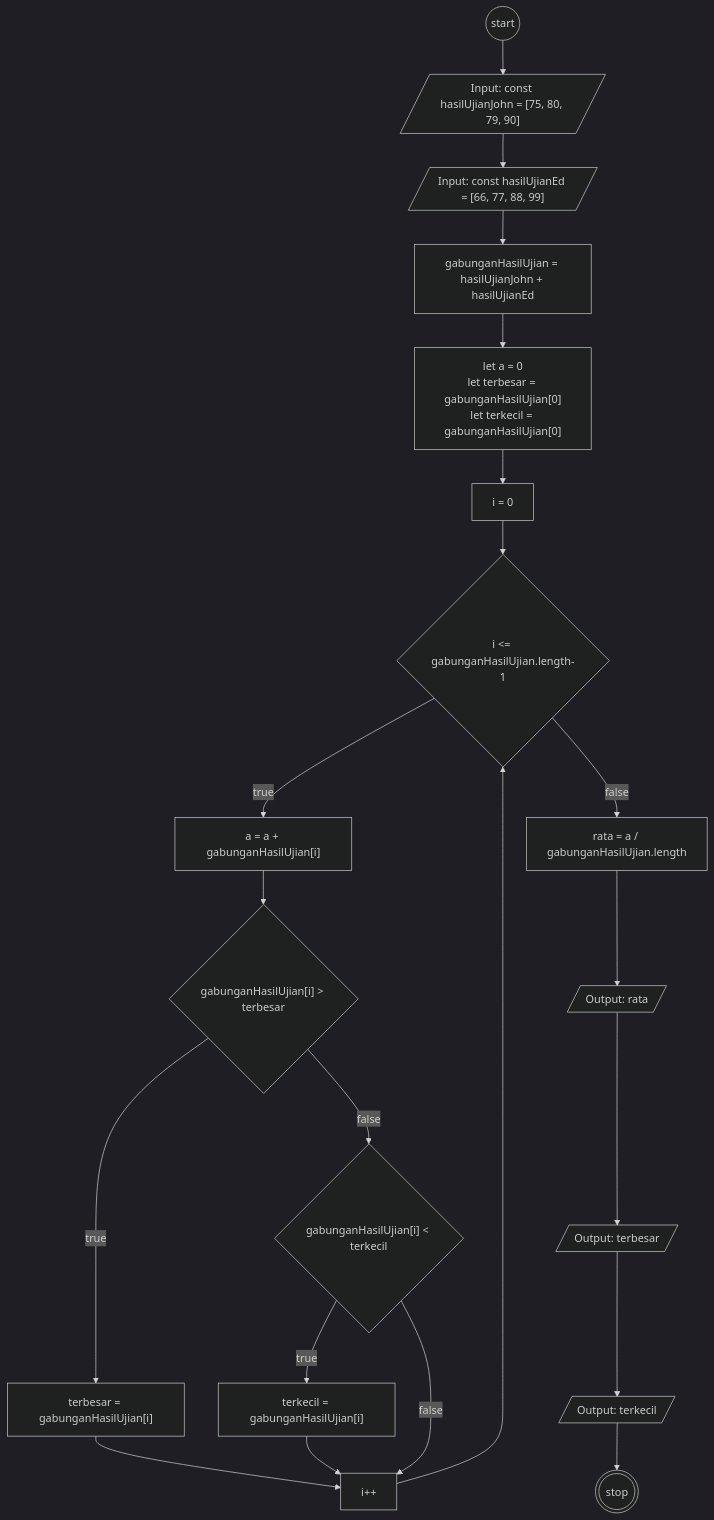
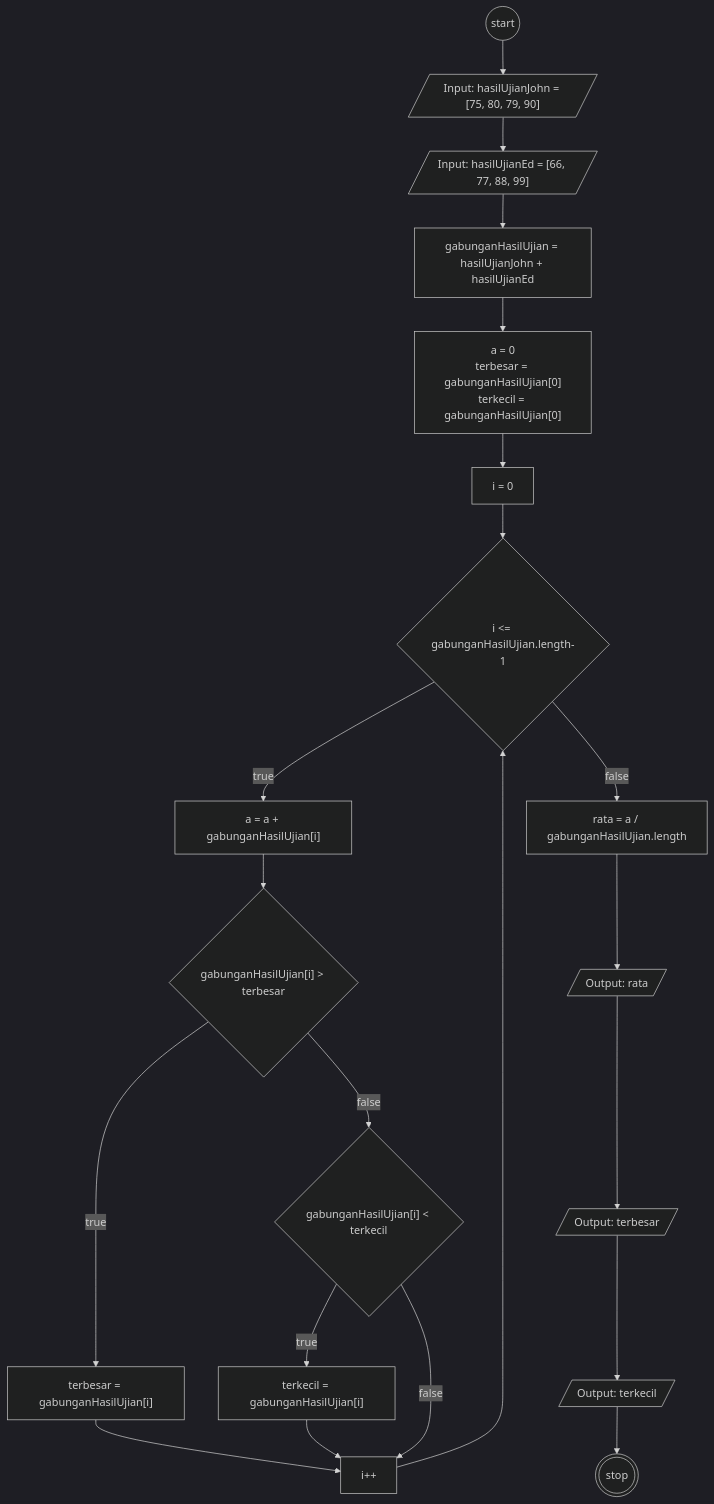
Before and after one commit to alhilalfathi/koda-b6-javascript2: the diagram in task1.md, drawn with Mermaid (dark theme).

````diff
--- a/task1.md
+++ b/task1.md
@@ -1,31 +1,31 @@
 ```mermaid
 flowchart TD
     start@{shape: circle}
-    inputArray1@{ shape: lean-r, label: "Input: const hasilUjianJohn = [75, 80, 79, 90]"}
-    inputArray2@{ shape: lean-r, label: "Input: const hasilUjianEd = [66, 77, 88, 99]"}
+    inputArray1@{ shape: lean-r, label: "Input: hasilUjianJohn = [75, 80, 79, 90]"}
+    inputArray2@{ shape: lean-r, label: "Input: hasilUjianEd = [66, 77, 88, 99]"}
     gabungan@{ label: "gabunganHasilUjian = hasilUjianJohn + hasilUjianEd"}
-    proses@{ label: "let a = 0
-    let terbesar = gabunganHasilUjian[0]
-    let terkecil = gabunganHasilUjian[0]
+    proses@{ label: "a = 0
+    terbesar = gabunganHasilUjian[0]
+    terkecil = gabunganHasilUjian[0]
     "}
     for1@{ label: "i = 0"}
     for2@{ shape: diamond, label: "i <= gabunganHasilUjian.length-1"}
     a@{ label: "a = a + gabunganHasilUjian[i]"}
     if1@{ shape: diamond, label: "gabunganHasilUjian[i] > terbesar"}
     if1true@{ label: "terbesar = gabunganHasilUjian[i]"}
     if2@{ shape: diamond, label: "gabunganHasilUjian[i] < terkecil"}
     if2true@{ label: "terkecil = gabunganHasilUjian[i]"}
     iterasi@{ label: "i++"}
     rata@{ label: "rata = a / gabunganHasilUjian.length"}
     output1@{ shape: lean-r, label: "Output: rata"}
     output2@{ shape: lean-r, label: "Output: terbesar"}
     output3@{ shape: lean-r, label: "Output: terkecil"}
     stop@{ shape: dbl-circ}
 
 start-->inputArray1-->inputArray2-->gabungan-->proses-->for1-->for2--true-->a
 a-->if1--true-->if1true-->iterasi
 if1--false-->if2--true-->if2true-->iterasi
 if2--false-->iterasi
 iterasi--->for2--false-->rata
 rata-->output1-->output2-->output3-->stop
 ```
````
